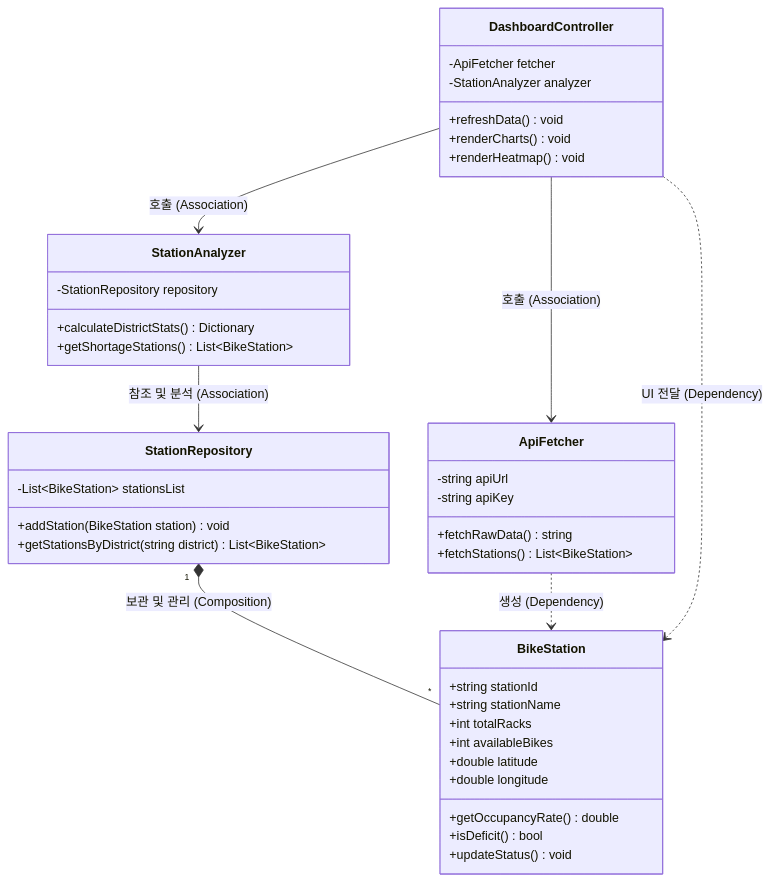
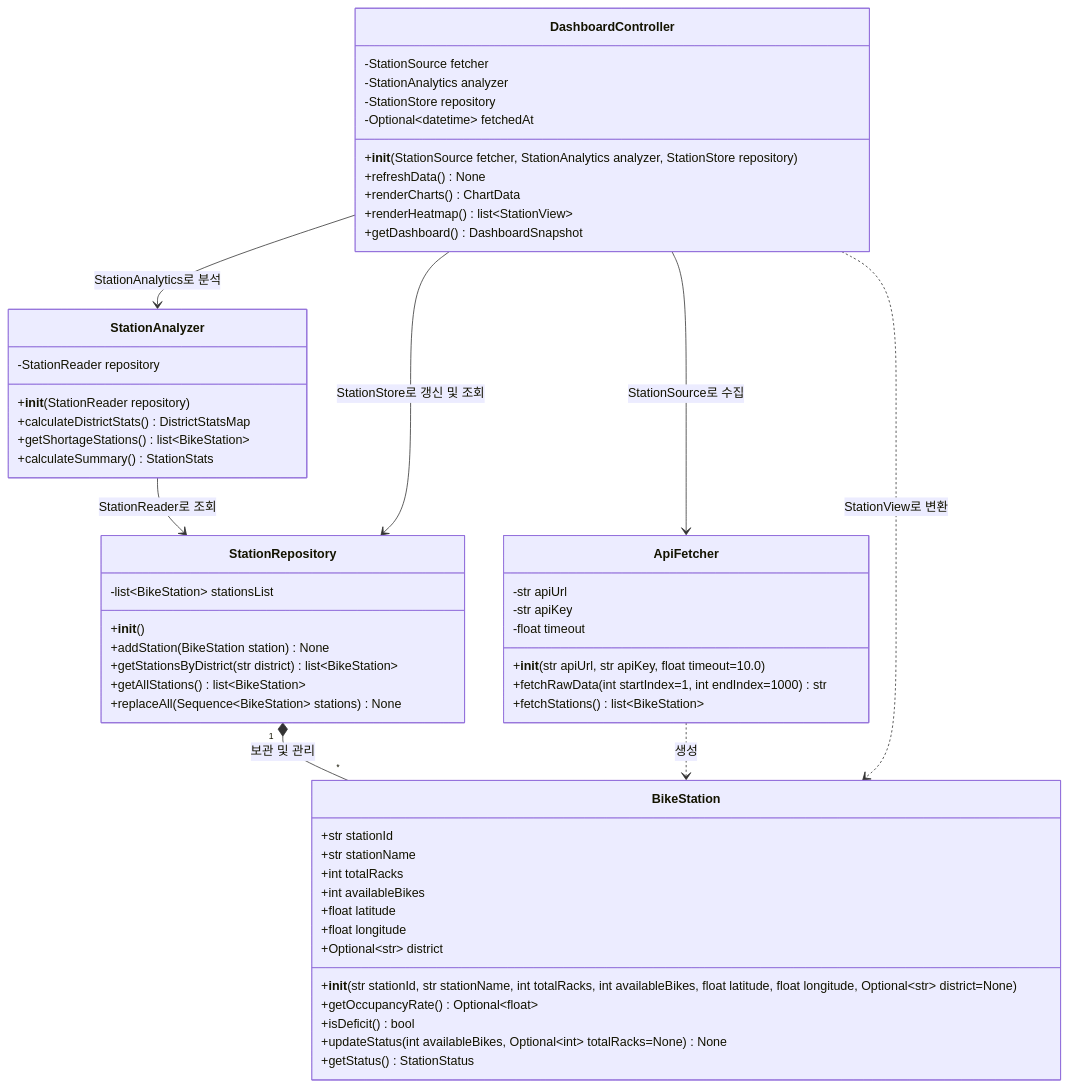
The diagram in README.md (oop-team-5/project), drawn with Mermaid before and after one commit. The commit also changed other lines of this file and 40 other files, not shown here.

````diff
--- a/README.md
+++ b/README.md
@@ -2,48 +73,58 @@
 ```mermaid
 classDiagram
     class BikeStation {
-        +string stationId
-        +string stationName
+        +str stationId
+        +str stationName
         +int totalRacks
         +int availableBikes
-        +double latitude
-        +double longitude
-        +getOccupancyRate() double
+        +float latitude
+        +float longitude
+        +Optional~str~ district
+        +__init__(str stationId, str stationName, int totalRacks, int availableBikes, float latitude, float longitude, Optional~str~ district=None)
+        +getOccupancyRate() Optional~float~
         +isDeficit() bool
-        +updateStatus() void
+        +updateStatus(int availableBikes, Optional~int~ totalRacks=None) None
+        +getStatus() StationStatus
     }
-
     class StationRepository {
-        -List~BikeStation~ stationsList
-        +addStation(BikeStation station) void
-        +getStationsByDistrict(string district) List~BikeStation~
+        -list~BikeStation~ stationsList
+        +__init__()
+        +addStation(BikeStation station) None
+        +getStationsByDistrict(str district) list~BikeStation~
+        +getAllStations() list~BikeStation~
+        +replaceAll(Sequence~BikeStation~ stations) None
     }
-
     class ApiFetcher {
-        -string apiUrl
-        -string apiKey
-        +fetchRawData() string
-        +fetchStations() List~BikeStation~
+        -str apiUrl
+        -str apiKey
+        -float timeout
+        +__init__(str apiUrl, str apiKey, float timeout=10.0)
+        +fetchRawData(int startIndex=1, int endIndex=1000) str
+        +fetchStations() list~BikeStation~
     }
-
     class StationAnalyzer {
-        -StationRepository repository
-        +calculateDistrictStats() Dictionary
-        +getShortageStations() List~BikeStation~
+        -StationReader repository
+        +__init__(StationReader repository)
+        +calculateDistrictStats() DistrictStatsMap
+        +getShortageStations() list~BikeStation~
+        +calculateSummary() StationStats
     }
-
     class DashboardController {
-        -ApiFetcher fetcher
-        -StationAnalyzer analyzer
-        +refreshData() void
-        +renderCharts() void
-        +renderHeatmap() void
+        -StationSource fetcher
+        -StationAnalytics analyzer
+        -StationStore repository
+        -Optional~datetime~ fetchedAt
+        +__init__(StationSource fetcher, StationAnalytics analyzer, StationStore repository)
+        +refreshData() None
+        +renderCharts() ChartData
+        +renderHeatmap() list~StationView~
+        +getDashboard() DashboardSnapshot
     }
-
-    StationRepository "1" *-- "*" BikeStation : 보관 및 관리 (Composition)
-    ApiFetcher ..> BikeStation : 생성 (Dependency)
-    StationAnalyzer --> StationRepository : 참조 및 분석 (Association)
-    DashboardController --> ApiFetcher : 호출 (Association)
-    DashboardController --> StationAnalyzer : 호출 (Association)
-    DashboardController ..> BikeStation : UI 전달 (Dependency)
+    StationRepository "1" *-- "*" BikeStation : 보관 및 관리
+    ApiFetcher ..> BikeStation : 생성
+    StationAnalyzer --> StationRepository : StationReader로 조회
+    DashboardController --> ApiFetcher : StationSource로 수집
+    DashboardController --> StationAnalyzer : StationAnalytics로 분석
+    DashboardController --> StationRepository : StationStore로 갱신 및 조회
+    DashboardController ..> BikeStation : StationView로 변환
 ```
````
